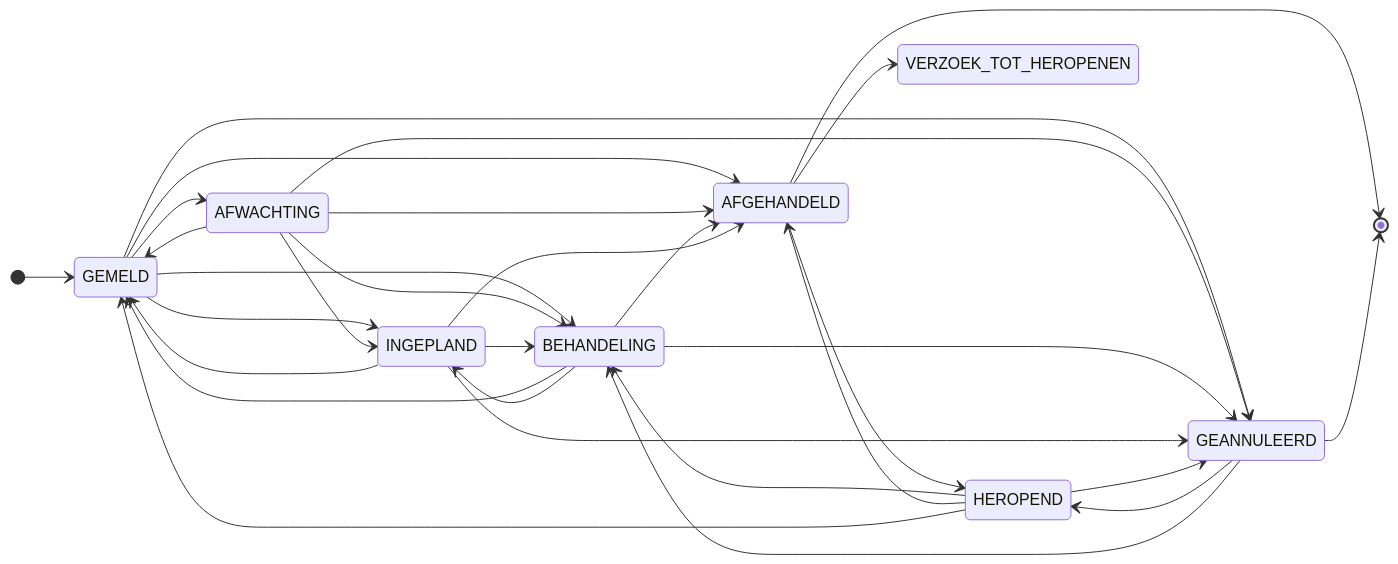
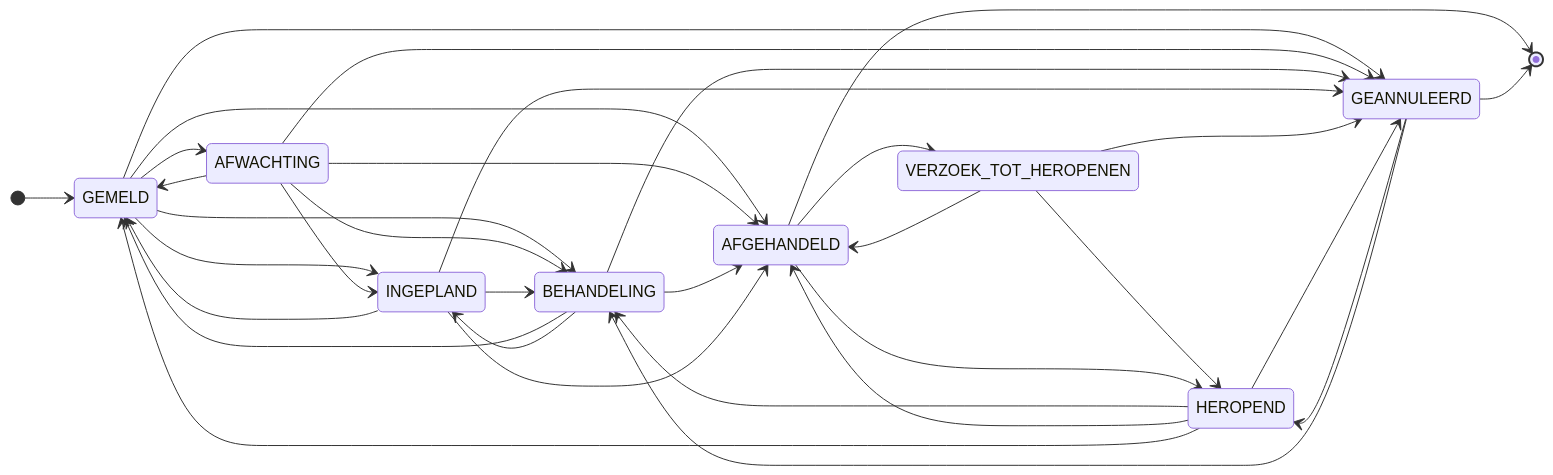
The diagram in docs/topics/statemachine-release-1-v2.md (Amsterdam/signals), drawn with Mermaid before and after one commit.

Commit message:
statemachine v2

````diff
--- a/docs/topics/statemachine-release-1-v2.md
+++ b/docs/topics/statemachine-release-1-v2.md
@@ -3,44 +3,51 @@
 ```mermaid
 
 stateDiagram-v2
     direction LR
 
     [*] --> GEMELD
 
     GEMELD --> AFWACHTING
     GEMELD --> BEHANDELING
     GEMELD --> AFGEHANDELD
     GEMELD --> GEANNULEERD
     GEMELD --> INGEPLAND
 
     AFWACHTING --> GEMELD
     AFWACHTING --> INGEPLAND
     AFWACHTING --> AFGEHANDELD
     AFWACHTING --> BEHANDELING
     AFWACHTING --> GEANNULEERD
 
     BEHANDELING --> GEMELD
     BEHANDELING --> INGEPLAND
     BEHANDELING --> AFGEHANDELD
     BEHANDELING --> GEANNULEERD
 
     INGEPLAND --> GEMELD
     INGEPLAND --> BEHANDELING
     INGEPLAND --> AFGEHANDELD
     INGEPLAND --> GEANNULEERD
     
-    GEANNULEERD --> HEROPEND
-    GEANNULEERD --> BEHANDELING
+    VERZOEK_TOT_HEROPENEN --> AFGEHANDELD
+    VERZOEK_TOT_HEROPENEN --> HEROPEND
+    VERZOEK_TOT_HEROPENEN --> GEANNULEERD
 
-    AFGEHANDELD --> HEROPEND
-    AFGEHANDELD --> VERZOEK_TOT_HEROPENEN
 
     HEROPEND --> BEHANDELING
     HEROPEND --> AFGEHANDELD
     HEROPEND --> GEANNULEERD
     HEROPEND --> GEMELD
-
+    
+    AFGEHANDELD --> HEROPEND
+    AFGEHANDELD --> VERZOEK_TOT_HEROPENEN
+    
+    GEANNULEERD --> HEROPEND
+    GEANNULEERD --> BEHANDELING
     
     AFGEHANDELD --> [*]
     GEANNULEERD --> [*]
+    
+    state AFGEHANDELD <<end>>
+    state GEANNULEERD <<end>>
 ```
````
